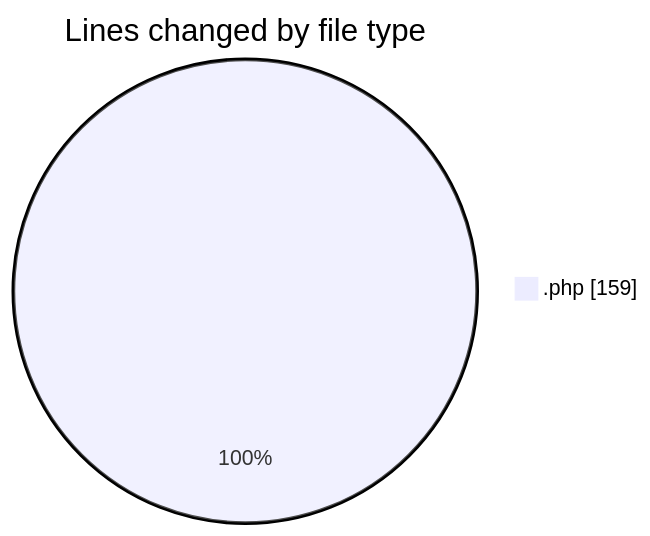
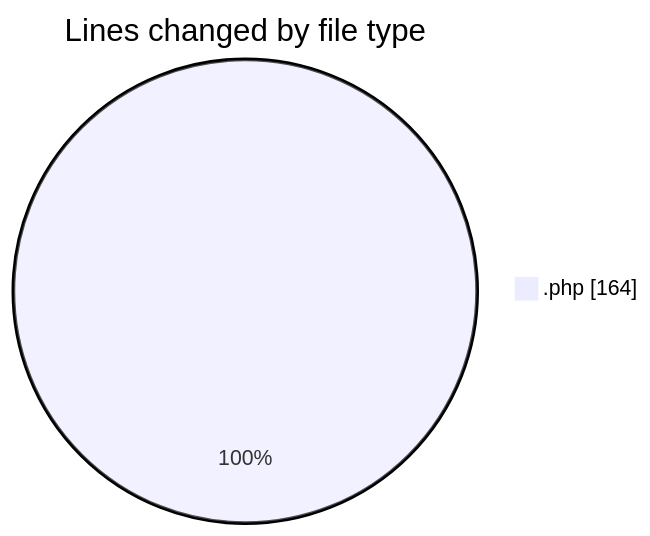
One commit to LanceThiago/code-tracking changed the first of 2 diagrams in 2025-09-16/totem2/README.md. Above: the diagram before and after it, drawn with Mermaid. The commit also changed other lines of this file and 1 other file, not shown here.

````diff
--- a/2025-09-16/totem2/README.md
+++ b/2025-09-16/totem2/README.md
@@ -20,5 +20,5 @@
 ```mermaid
 pie showData
 title Lines changed by file type
-".php" : 159
+".php" : 164
 ```
````
